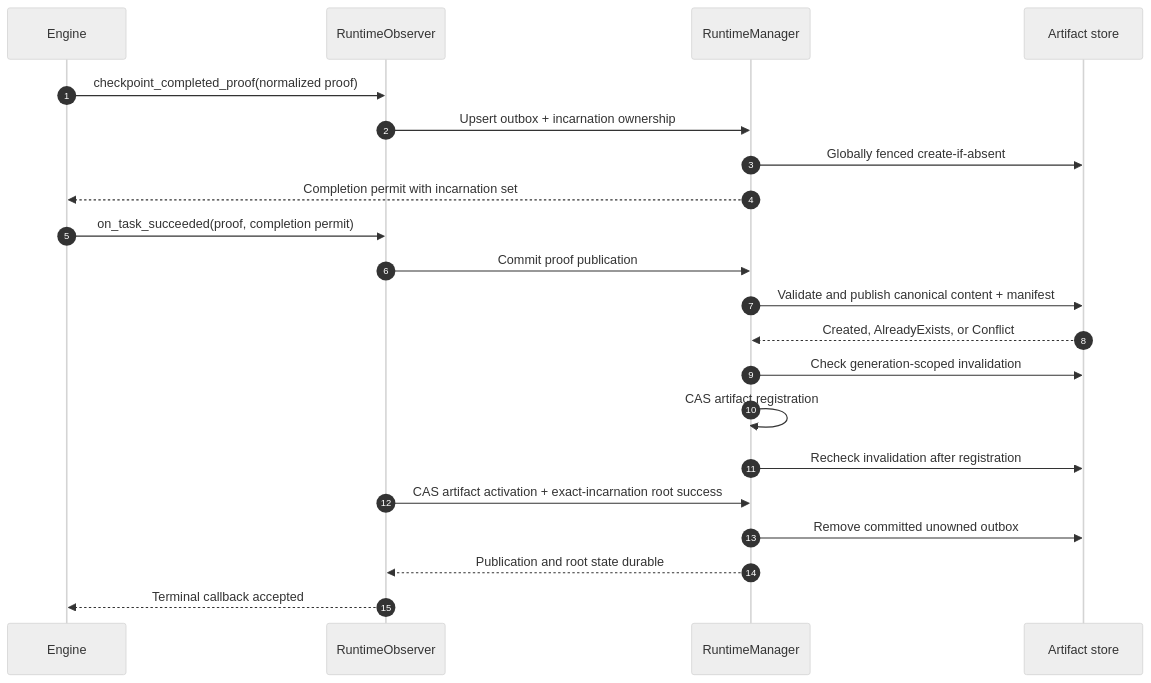
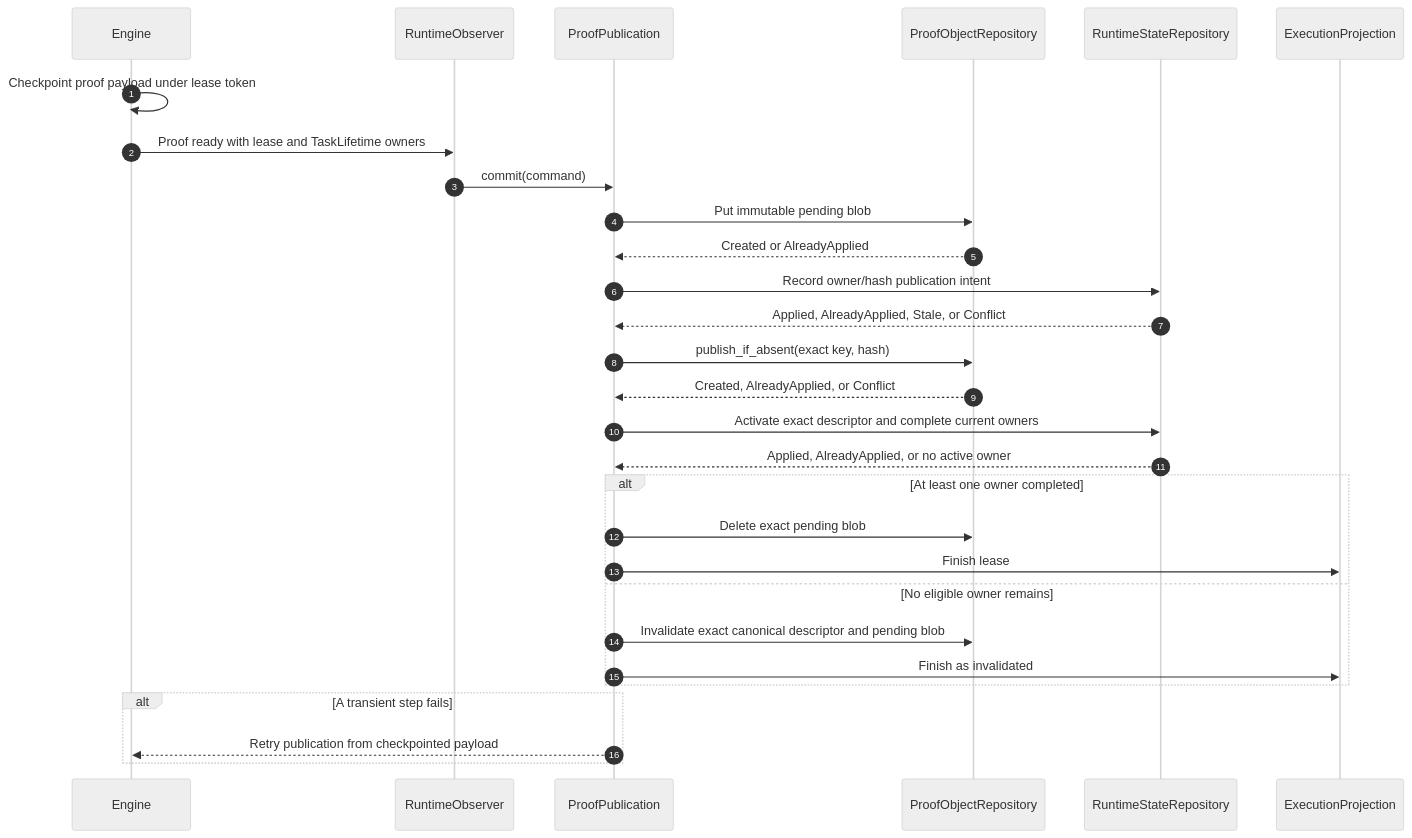
One commit to taikoxyz/raiko2 changed the seventh of 13 diagrams in docs/architecture.md. Above: the diagram before and after it, drawn with Mermaid (neutral theme). The commit also changed other lines of this file and 37 other files, not shown here.

Commit message:
fix(runtime): unify proof lifecycle ownership

````diff
--- a/docs/architecture.md
+++ b/docs/architecture.md
@@ -290,24 +349,32 @@
 ```mermaid
 sequenceDiagram
   autonumber
   participant Engine
   participant Observer as RuntimeObserver
-  participant Runtime as RuntimeManager
-  participant Store as Artifact store
+  participant Publish as ProofPublication
+  participant Objects as ProofObjectRepository
+  participant State as RuntimeStateRepository
+  participant Queue as ExecutionProjection
 
-  Engine->>Observer: checkpoint_completed_proof(normalized proof)
-  Observer->>Runtime: Upsert outbox + incarnation ownership
-  Runtime->>Store: Globally fenced create-if-absent
-  Runtime-->>Engine: Completion permit with incarnation set
-  Engine->>Observer: on_task_succeeded(proof, completion permit)
-  Observer->>Runtime: Commit proof publication
-  Runtime->>Store: Validate and publish canonical content + manifest
-  Store-->>Runtime: Created, AlreadyExists, or Conflict
-  Runtime->>Store: Check generation-scoped invalidation
-  Runtime->>Runtime: CAS artifact registration
-  Runtime->>Store: Recheck invalidation after registration
-  Observer->>Runtime: CAS artifact activation + exact-incarnation root success
-  Runtime->>Store: Remove committed unowned outbox
-  Runtime-->>Observer: Publication and root state durable
-  Observer-->>Engine: Terminal callback accepted
+  Engine->>Engine: Checkpoint proof payload under lease token
+  Engine->>Observer: Proof ready with lease and TaskLifetime owners
+  Observer->>Publish: commit(command)
+  Publish->>Objects: Put immutable pending blob
+  Objects-->>Publish: Created or AlreadyApplied
+  Publish->>State: Record owner/hash publication intent
+  State-->>Publish: Applied, AlreadyApplied, Stale, or Conflict
+  Publish->>Objects: publish_if_absent(exact key, hash)
+  Objects-->>Publish: Created, AlreadyApplied, or Conflict
+  Publish->>State: Activate exact descriptor and complete current owners
+  State-->>Publish: Applied, AlreadyApplied, or no active owner
+  alt At least one owner completed
+    Publish->>Objects: Delete exact pending blob
+    Publish->>Queue: Finish lease
+  else No eligible owner remains
+    Publish->>Objects: Invalidate exact canonical descriptor and pending blob
+    Publish->>Queue: Finish as invalidated
+  end
+  alt A transient step fails
+    Publish-->>Engine: Retry publication from checkpointed payload
+  end
 ```
````
